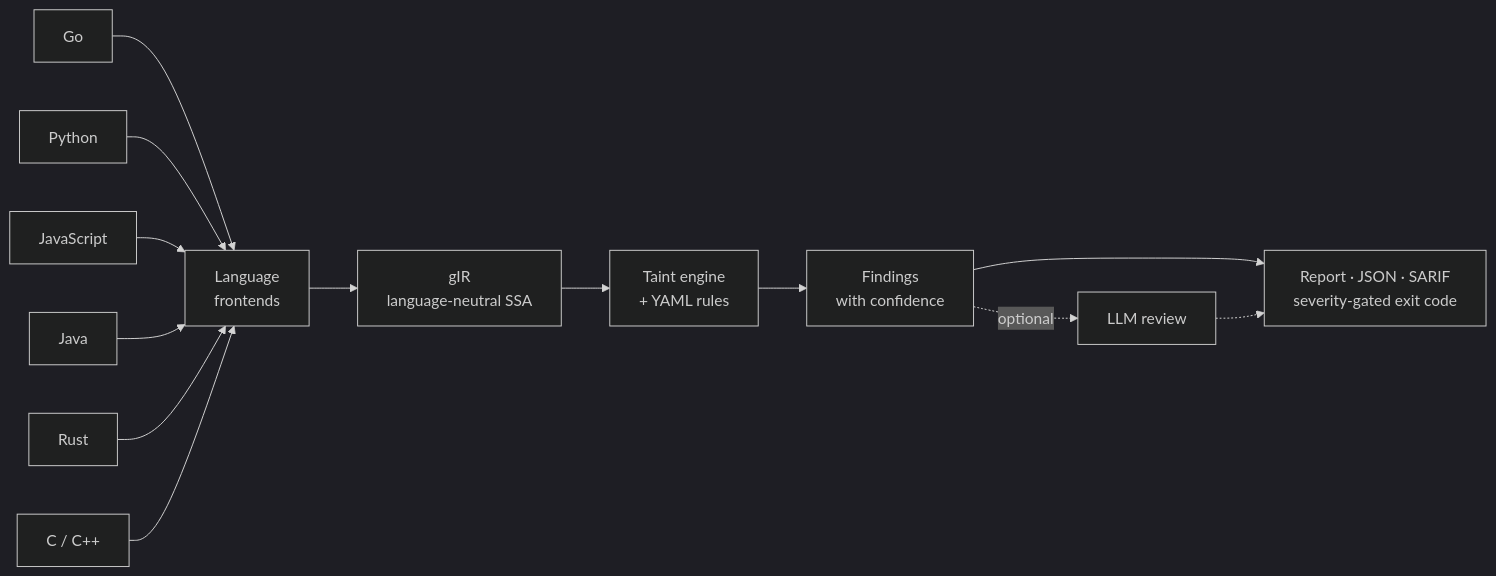
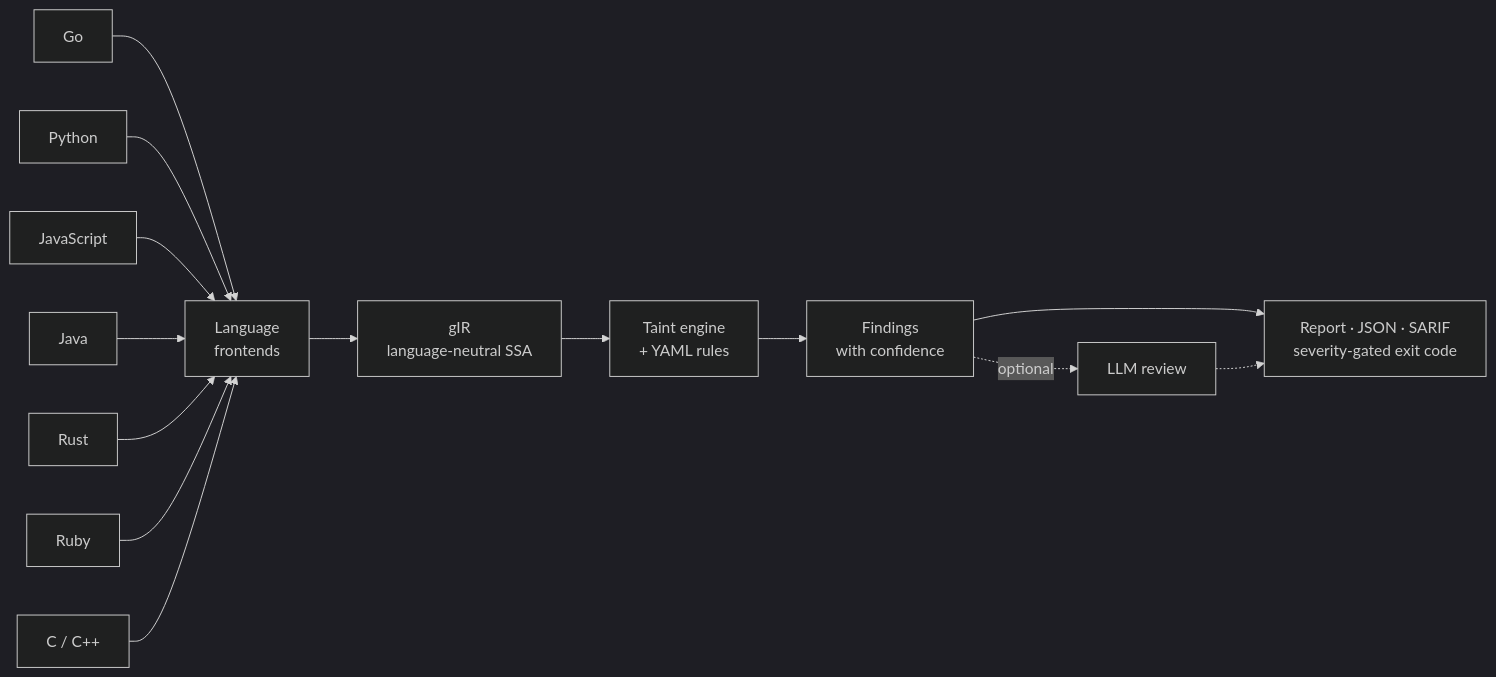
One commit to bytevet/godzilla changed the first of 2 diagrams in README.md. Above: the diagram before and after it, drawn with Mermaid (dark theme). The commit also changed other lines of this file and 18 other files, not shown here.

````diff
--- a/README.md
+++ b/README.md
@@ -10,16 +10,17 @@
 ```mermaid
 flowchart LR
     GO[Go] --> FE
     PY[Python] --> FE
     JS[JavaScript] --> FE
     JV[Java] --> FE
     RS[Rust] --> FE
+    RB[Ruby] --> FE
     CC["C / C++"] --> FE
 
     FE["Language<br/>frontends"] --> IR["gIR<br/>language-neutral SSA"]
     IR --> ENG["Taint engine<br/>+ YAML rules"]
     ENG --> FD["Findings<br/>with confidence"]
     FD --> OUT["Report · JSON · SARIF<br/>severity-gated exit code"]
     FD -. optional .-> LLM["LLM review"]
     LLM -.-> OUT
 ```
````
